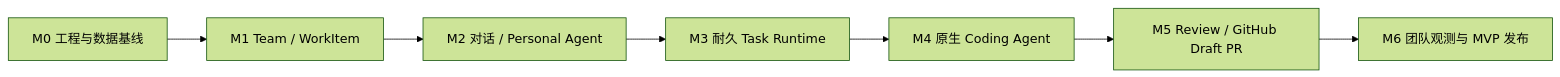
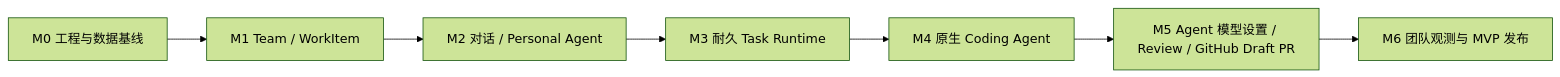
One commit to zhangkaixuan01/crewscope changed the diagram in docs/CrewScope-实施计划.md. Above: the diagram before and after it, drawn with Mermaid (forest theme). The commit also changed other lines of this file and 16 other files, not shown here.

````diff
--- a/docs/CrewScope-实施计划.md
+++ b/docs/CrewScope-实施计划.md
@@ -153,9 +152,9 @@
 ```mermaid
 flowchart LR
   M0["M0 工程与数据基线"] --> M1["M1 Team / WorkItem"]
   M1 --> M2["M2 对话 / Personal Agent"]
   M2 --> M3["M3 耐久 Task Runtime"]
   M3 --> M4["M4 原生 Coding Agent"]
-  M4 --> M5["M5 Review / GitHub Draft PR"]
+  M4 --> M5["M5 Agent 模型设置 / Review / GitHub Draft PR"]
   M5 --> M6["M6 团队观测与 MVP 发布"]
 ```
````
